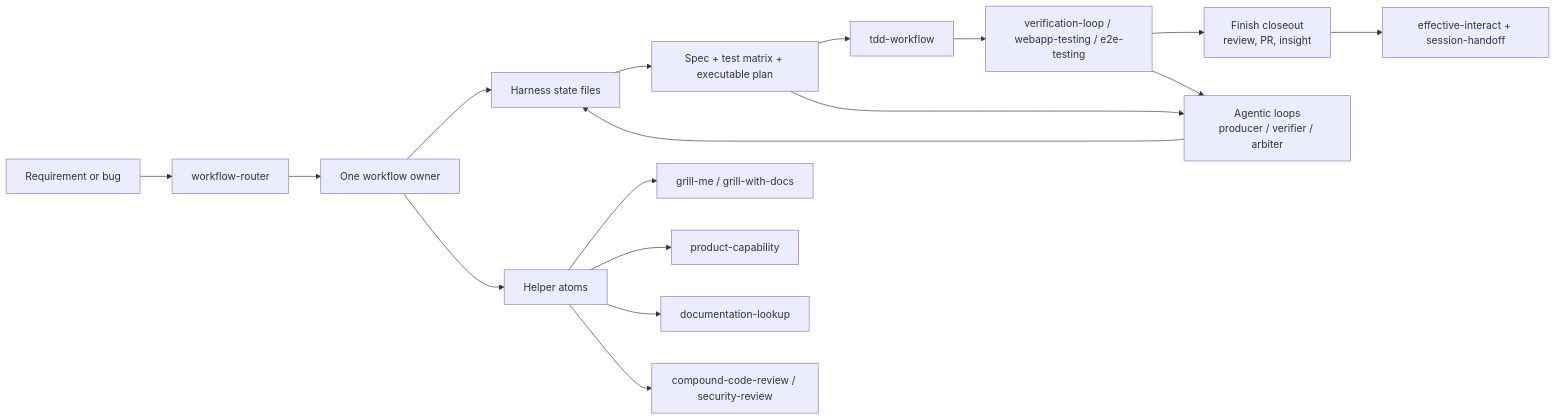
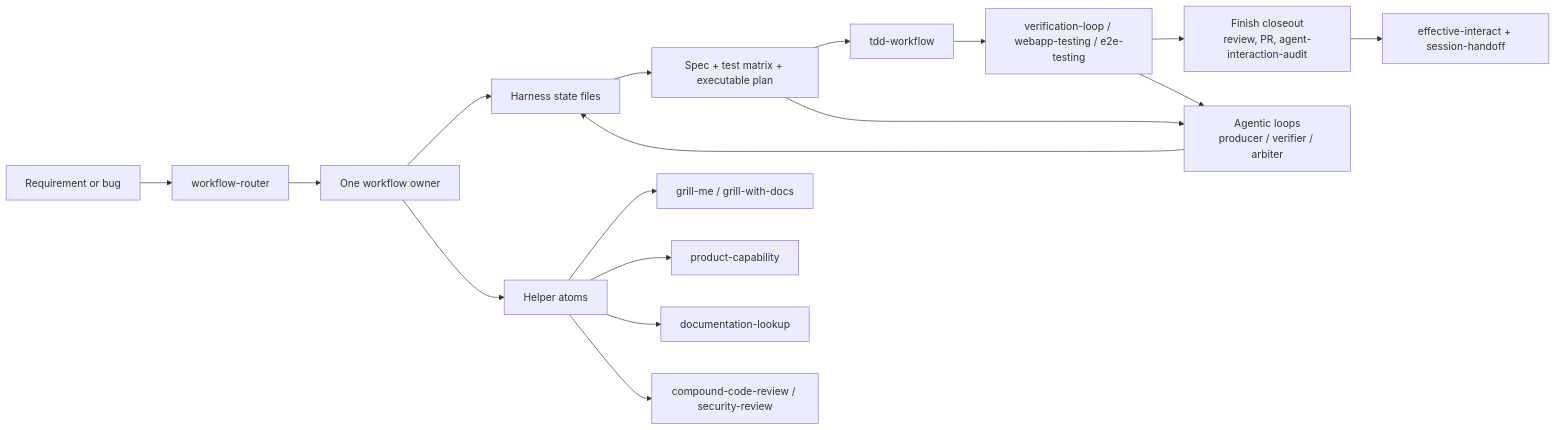
Before and after one commit to JasonxzWen/harness-hub: the diagram in docs/development-workflow.md, drawn with Mermaid. The commit also changed other lines of this file and 56 other files, not shown here.

Commit message:
Rename insight to agent interaction audit

````diff
--- a/docs/development-workflow.md
+++ b/docs/development-workflow.md
@@ -33,20 +33,20 @@
 ```mermaid
 flowchart LR
   Need["Requirement or bug"] --> Router["workflow-router"]
   Router --> Owner["One workflow owner"]
   Owner --> State["Harness state files"]
   State --> Plan["Spec + test matrix + executable plan"]
   Plan --> TDD["tdd-workflow"]
   TDD --> Verify["verification-loop / webapp-testing / e2e-testing"]
-  Verify --> Closeout["Finish closeout<br/>review, PR, insight"]
+  Verify --> Closeout["Finish closeout<br/>review, PR, agent-interaction-audit"]
   Closeout --> Handoff["effective-interact + session-handoff"]
   Plan --> Loops["Agentic loops<br/>producer / verifier / arbiter"]
   Verify --> Loops
   Loops --> State
 
   Owner --> Helpers["Helper atoms"]
   Helpers --> Grill["grill-me / grill-with-docs"]
   Helpers --> Capability["product-capability"]
   Helpers --> Docs["documentation-lookup"]
   Helpers --> Review["compound-code-review / security-review"]
 ```
````
